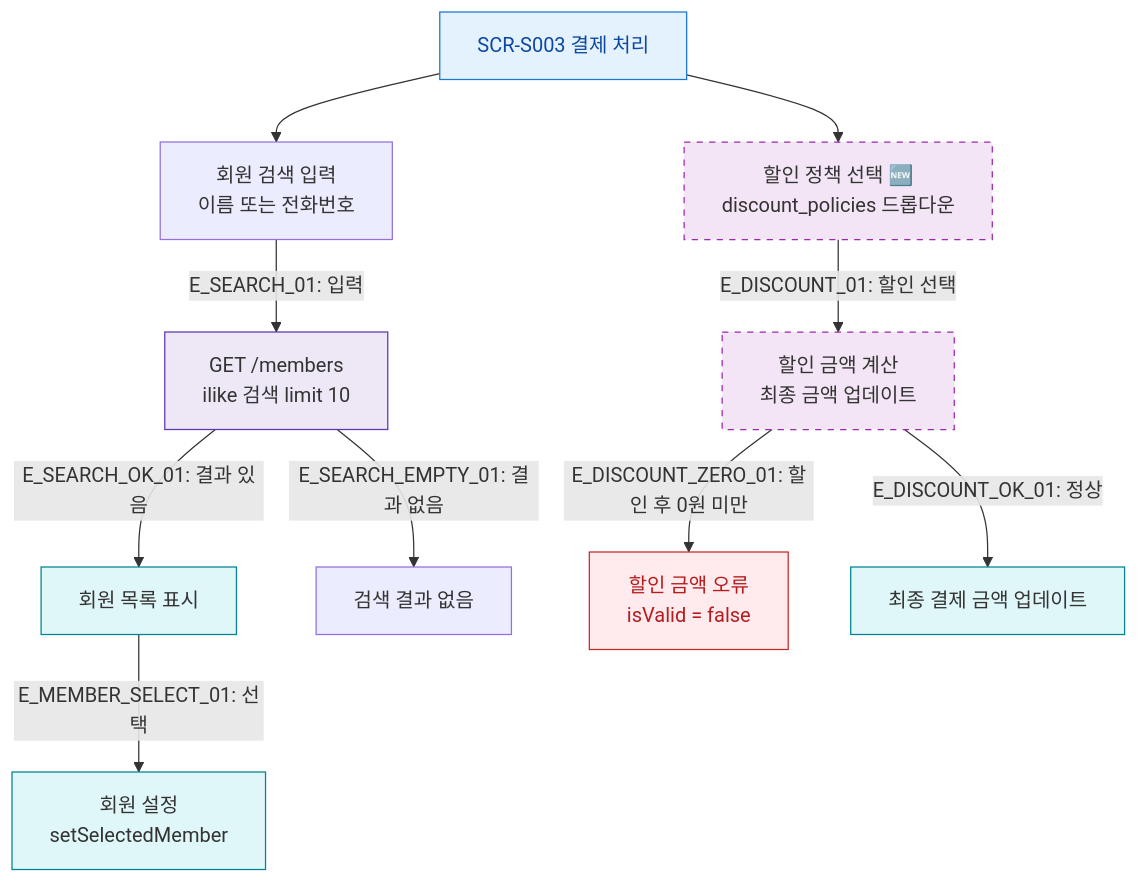
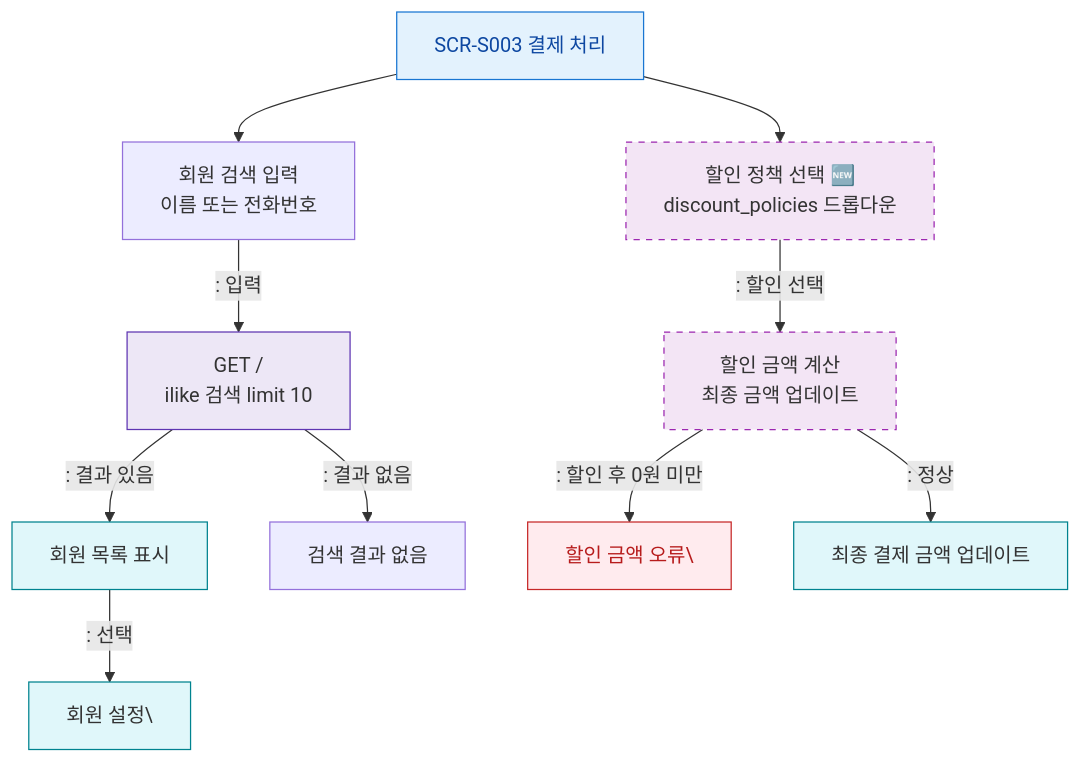
Before and after one commit to dev-spogym/admin-pando: the diagram in docs/다이어그램/D03_매출관리/SCR-S003_결제처리/F4_필터검색.md, drawn with Mermaid. The commit also changed other lines of this file and 1660 other files, not shown here.

First line of the commit message:
다이어그램: 기획자/클라이언트 납품본으로 정리

````diff
--- a/docs/다이어그램/D03_매출관리/SCR-S003_결제처리/F4_필터검색.md
+++ b/docs/다이어그램/D03_매출관리/SCR-S003_결제처리/F4_필터검색.md
@@ -20,28 +18,28 @@
 ```mermaid
 flowchart TD
     S003[SCR-S003 결제 처리]
 
     S003 --> MEMBER_SEARCH[회원 검색 입력\n이름 또는 전화번호]
     S003 --> DISCOUNT_SELECT[할인 정책 선택 🆕\ndiscount_policies 드롭다운]
 
-    MEMBER_SEARCH -->|"E_SEARCH_01: 입력"| SEARCH_API[GET /members\nilike 검색 limit 10]
-    SEARCH_API -->|"E_SEARCH_OK_01: 결과 있음"| MEMBER_LIST[회원 목록 표시]
-    SEARCH_API -->|"E_SEARCH_EMPTY_01: 결과 없음"| MEMBER_EMPTY[검색 결과 없음]
-    MEMBER_LIST -->|"E_MEMBER_SELECT_01: 선택"| MEMBER_SET[회원 설정\nsetSelectedMember]
+    MEMBER_SEARCH -->|": 입력"|SEARCH_API[GET /\nilike 검색 limit 10]
+    SEARCH_API -->|": 결과 있음"|MEMBER_LIST[회원 목록 표시]
+    SEARCH_API -->|": 결과 없음"|MEMBER_EMPTY[검색 결과 없음]
+    MEMBER_LIST -->|": 선택"|MEMBER_SET[회원 설정\]
 
-    DISCOUNT_SELECT -->|"E_DISCOUNT_01: 할인 선택"| DISCOUNT_CALC[할인 금액 계산\n최종 금액 업데이트]
-    DISCOUNT_CALC -->|"E_DISCOUNT_ZERO_01: 할인 후 0원 미만"| ERR_DISCOUNT[할인 금액 오류\nisValid = false]
-    DISCOUNT_CALC -->|"E_DISCOUNT_OK_01: 정상"| FINAL_AMT[최종 결제 금액 업데이트]
+    DISCOUNT_SELECT -->|": 할인 선택"|DISCOUNT_CALC[할인 금액 계산\n최종 금액 업데이트]
+    DISCOUNT_CALC -->|": 할인 후 0원 미만"|ERR_DISCOUNT[할인 금액 오류\]
+    DISCOUNT_CALC -->|": 정상"|FINAL_AMT[최종 결제 금액 업데이트]
 
     classDef screen fill:#E3F2FD,stroke:#1976D2,color:#0D47A1
     classDef newFeature fill:#F3E5F5,stroke:#9C27B0,stroke-dasharray:5 5
     classDef system fill:#EDE7F6,stroke:#5E35B2
     classDef error fill:#FFEBEE,stroke:#C62828,color:#B71C1C
     classDef info fill:#E0F7FA,stroke:#00838F
 
     class S003 screen
     class DISCOUNT_SELECT,DISCOUNT_CALC newFeature
     class SEARCH_API system
     class ERR_DISCOUNT error
     class MEMBER_LIST,MEMBER_SET,FINAL_AMT info
 ```
````
